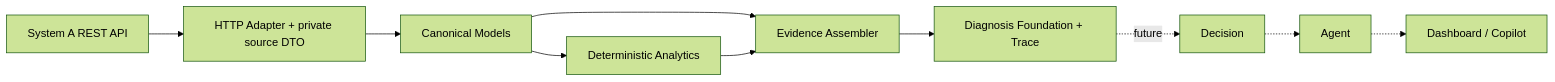
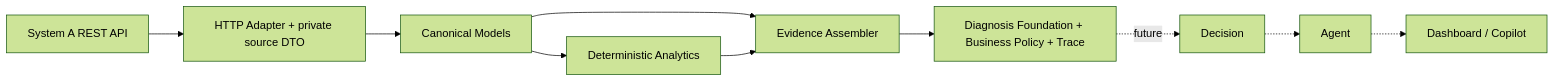
One commit to TiezhuHao/overdue-po-copilot changed the diagram in docs/system-b-architecture.md. Above: the diagram before and after it, drawn with Mermaid (forest theme). The commit also changed other lines of this file and 8 other files, not shown here.

Commit message:
feat: add deterministic business diagnosis policy and trial rule

````diff
--- a/docs/system-b-architecture.md
+++ b/docs/system-b-architecture.md
@@ -27,12 +27,12 @@
 ```mermaid
 flowchart LR
     A[System A REST API] --> Adapter[HTTP Adapter + private source DTO]
     Adapter --> Canonical[Canonical Models]
     Canonical --> Analytics[Deterministic Analytics]
     Canonical --> Assembler[Evidence Assembler]
     Analytics --> Assembler
-    Assembler --> Diagnosis[Diagnosis Foundation + Trace]
+    Assembler --> Diagnosis[Diagnosis Foundation + Business Policy + Trace]
     Diagnosis -. future .-> Decision[Decision]
     Decision -.-> Agent[Agent]
     Agent -.-> Frontend[Dashboard / Copilot]
 ```
````
